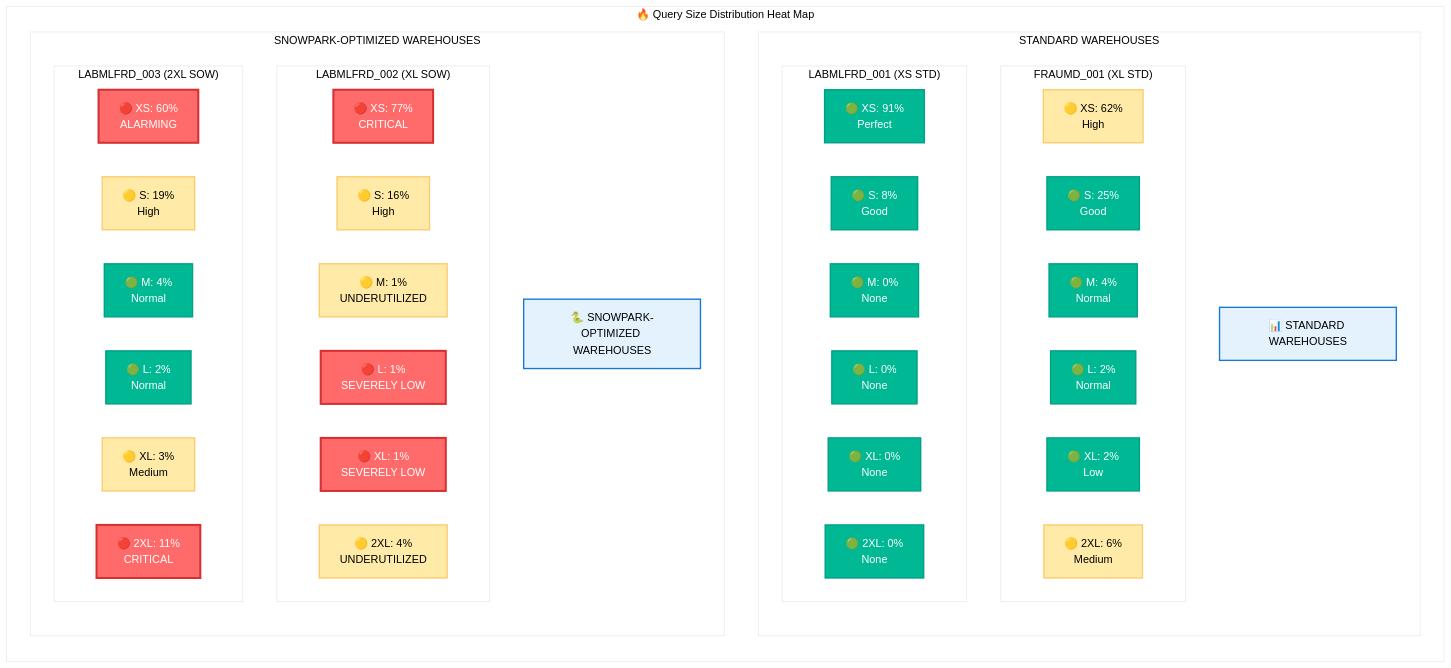
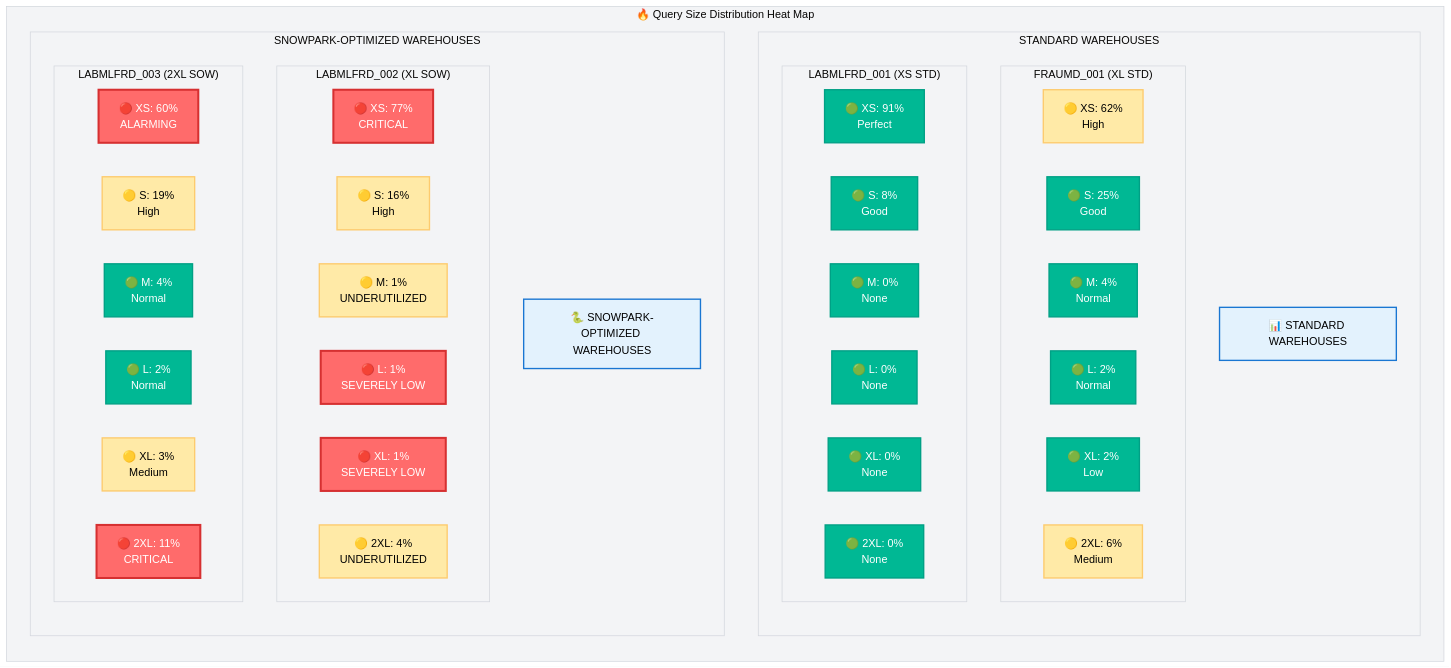
One commit to sfc-gh-mhindi/REPO_CBA changed the fourth of 9 diagrams in WH Analysis/FRAUMD_Warehouse_Analysis_Guide.md. Above: the diagram before and after it, drawn with Mermaid. The commit also changed other lines of this file, not shown here.

First line of the commit message:
Improved chart colors for better white background readability

````diff
--- a/WH Analysis/FRAUMD_Warehouse_Analysis_Guide.md
+++ b/WH Analysis/FRAUMD_Warehouse_Analysis_Guide.md
@@ -132,65 +132,65 @@
 ```mermaid
-%%{init: {'theme':'base', 'themeVariables': { 'primaryColor': '#ff6b6b', 'primaryTextColor': '#fff', 'primaryBorderColor': '#7C0000', 'lineColor': '#F8B229', 'secondaryColor': '#006100', 'tertiaryColor': '#fff'}}}%%
+%%{init: {'theme':'base', 'themeVariables': { 'primaryColor': '#1f2937', 'primaryTextColor': '#1f2937', 'primaryBorderColor': '#374151', 'lineColor': '#6b7280', 'secondaryColor': '#10b981', 'tertiaryColor': '#f9fafb', 'background': '#ffffff', 'clusterBkg': '#f3f4f6', 'clusterBorder': '#d1d5db'}}}%%
 flowchart LR
     subgraph "🔥 Query Size Distribution Heat Map"
         subgraph "STANDARD WAREHOUSES"
             direction TB
             STD_TITLE["📊 STANDARD WAREHOUSES"]
             
             subgraph "FRAUMD_001 (XL STD)"
                 direction LR
                 F001_XS["🟡 XS: 62%<br/>High"]
                 F001_S["🟢 S: 25%<br/>Good"]
                 F001_M["🟢 M: 4%<br/>Normal"]
                 F001_L["🟢 L: 2%<br/>Normal"]
                 F001_XL["🟢 XL: 2%<br/>Low"]
                 F001_2XL["🟡 2XL: 6%<br/>Medium"]
             end
             
             subgraph "LABMLFRD_001 (XS STD)"
                 direction LR
                 L001_XS["🟢 XS: 91%<br/>Perfect"]
                 L001_S["🟢 S: 8%<br/>Good"]
                 L001_M["🟢 M: 0%<br/>None"]
                 L001_L["🟢 L: 0%<br/>None"]
                 L001_XL["🟢 XL: 0%<br/>None"]
                 L001_2XL["🟢 2XL: 0%<br/>None"]
             end
         end
         
         subgraph "SNOWPARK-OPTIMIZED WAREHOUSES"
             direction TB
             SOW_TITLE["🐍 SNOWPARK-OPTIMIZED WAREHOUSES"]
             
             subgraph "LABMLFRD_002 (XL SOW)"
                 direction LR
                 L002_XS["🔴 XS: 77%<br/>CRITICAL"]
                 L002_S["🟡 S: 16%<br/>High"]
                 L002_M["🟡 M: 1%<br/>UNDERUTILIZED"]
                 L002_L["🔴 L: 1%<br/>SEVERELY LOW"]
                 L002_XL["🔴 XL: 1%<br/>SEVERELY LOW"]
                 L002_2XL["🟡 2XL: 4%<br/>UNDERUTILIZED"]
             end
             
             subgraph "LABMLFRD_003 (2XL SOW)"
                 direction LR
                 L003_XS["🔴 XS: 60%<br/>ALARMING"]
                 L003_S["🟡 S: 19%<br/>High"]
                 L003_M["🟢 M: 4%<br/>Normal"]
                 L003_L["🟢 L: 2%<br/>Normal"]
                 L003_XL["🟡 XL: 3%<br/>Medium"]
                 L003_2XL["🔴 2XL: 11%<br/>CRITICAL"]
             end
         end
     end
     
     classDef critical fill:#ff6b6b,stroke:#d63031,stroke-width:3px,color:#fff
     classDef warning fill:#ffeaa7,stroke:#fdcb6e,stroke-width:2px,color:#000
     classDef good fill:#00b894,stroke:#00a085,stroke-width:2px,color:#fff
     classDef titleStyle fill:#e3f2fd,stroke:#1976d2,stroke-width:2px,color:#000
     
     class L003_XS,L003_2XL,L002_XS,L002_L,L002_XL critical
     class L003_S,L003_XL,F001_XS,F001_2XL,L002_S,L002_M,L002_2XL warning
     class L003_M,L003_L,F001_S,F001_M,F001_L,F001_XL,L001_XS,L001_S,L001_M,L001_L,L001_XL,L001_2XL good
     class STD_TITLE,SOW_TITLE titleStyle
 ```
````
